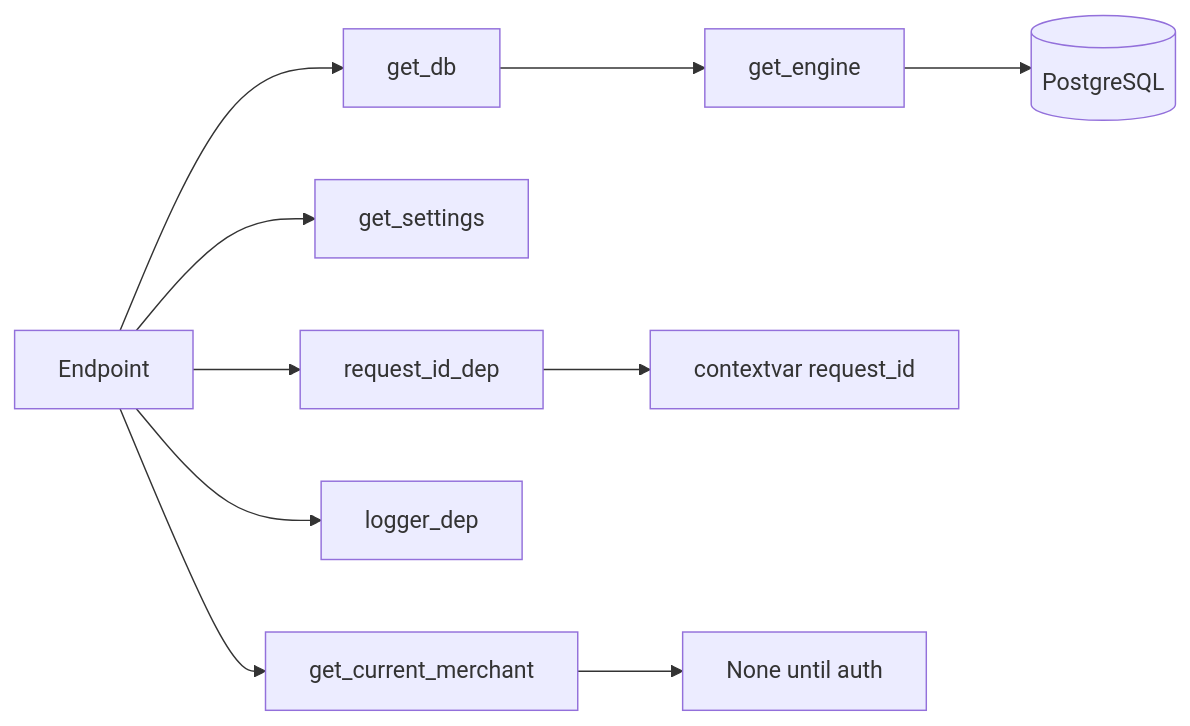
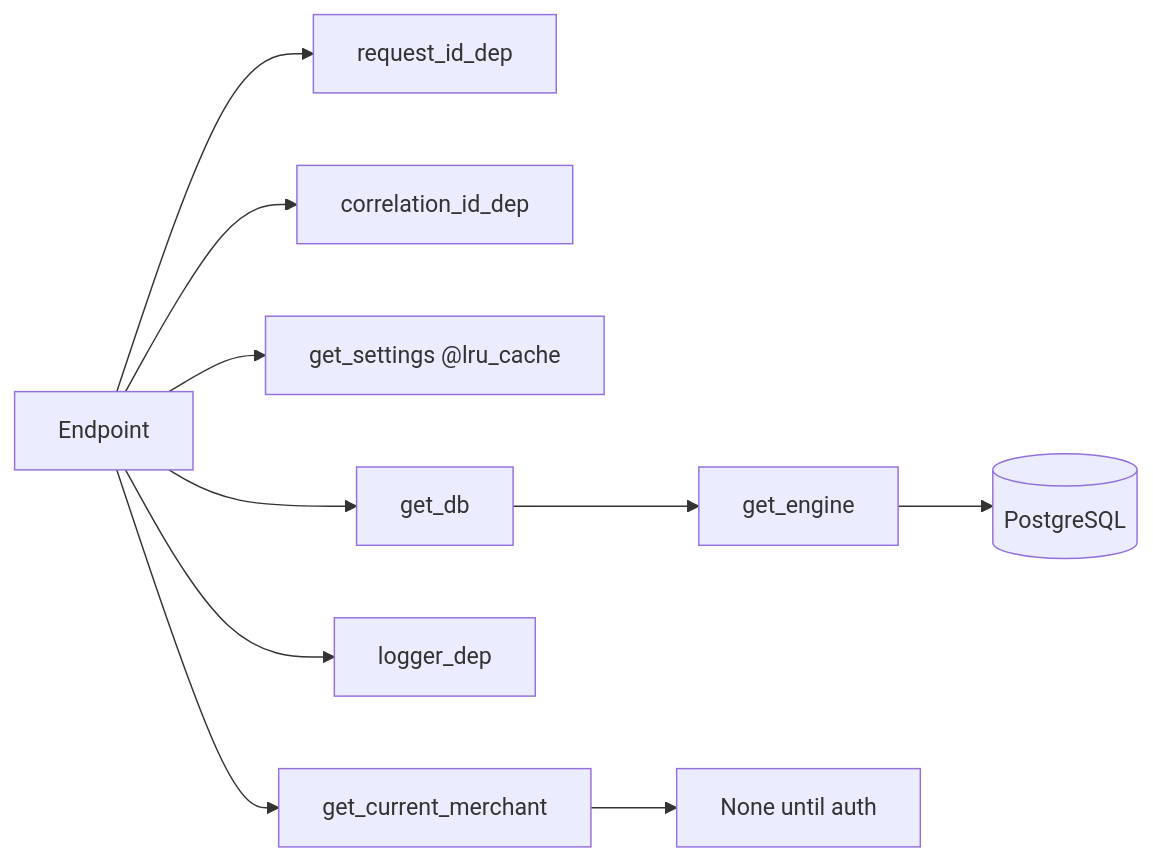
The fifth of 6 diagrams in RecoveryPilot-AI/docs/BACKEND_ARCHITECTURE.md (aditysinhania/RecoveryPilot-AI), drawn with Mermaid before and after one commit. The commit also changed other lines of this file and 22 other files, not shown here.

````diff
--- a/RecoveryPilot-AI/docs/BACKEND_ARCHITECTURE.md
+++ b/RecoveryPilot-AI/docs/BACKEND_ARCHITECTURE.md
@@ -122,13 +186,13 @@
 ```mermaid
 flowchart LR
     EP[Endpoint]
     EP --> RID[request_id_dep]
-    EP --> SET[get_settings]
+    EP --> CID[correlation_id_dep]
+    EP --> SET["get_settings @lru_cache"]
     EP --> DB[get_db]
     EP --> LOG[logger_dep]
     EP --> MER[get_current_merchant]
     DB --> ENG[get_engine]
     ENG --> PG[(PostgreSQL)]
-    RID --> CTX[contextvar request_id]
     MER --> NONE[None until auth]
 ```
````
